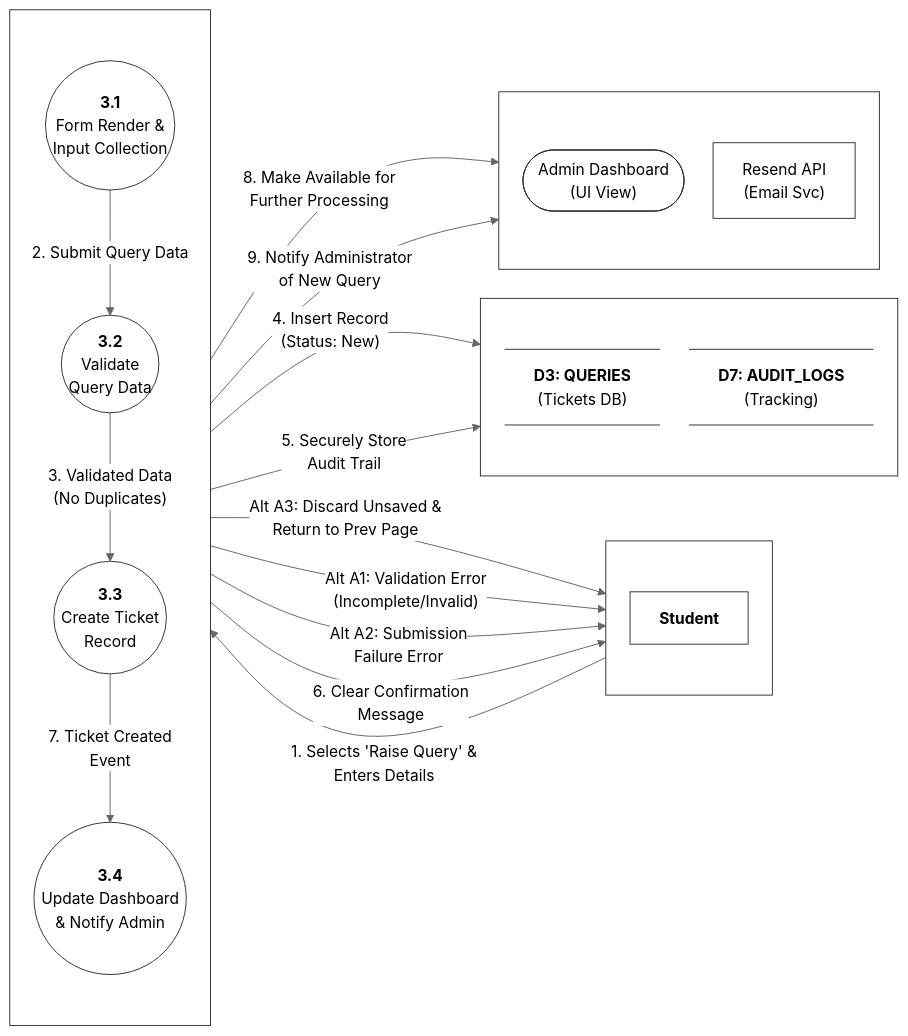
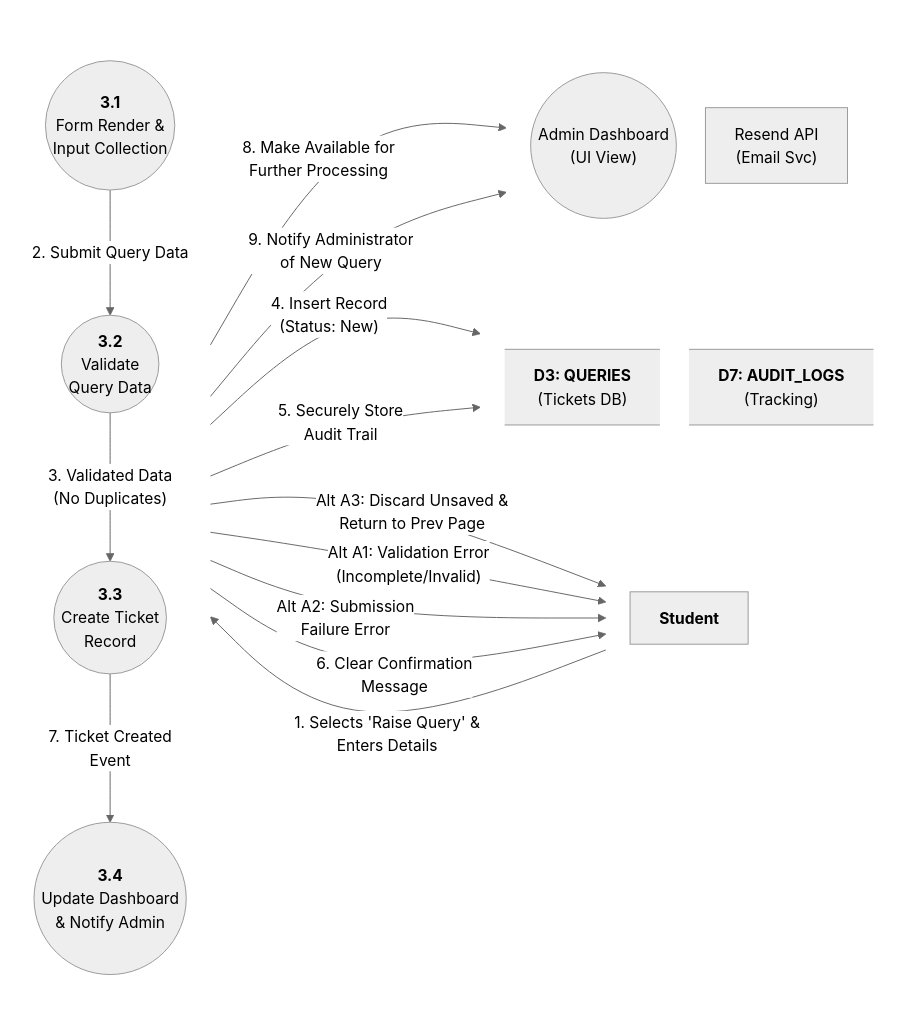
One commit to aryanhrc3428/Semester-5 changed the diagram in SE/ideathon/documents/L2-DFD-S03.mmd. Above: the diagram before and after it, drawn with Mermaid (neutral theme). The commit also changed 43 other files, not shown here.

```diff
--- a/SE/ideathon/documents/L2-DFD-S03.mmd
+++ b/SE/ideathon/documents/L2-DFD-S03.mmd
@@ -1,88 +1,78 @@
 %%{init: {
   "flowchart": {
     "htmlLabels": true,
     "nodeSpacing": 30,
     "rankSpacing": 80,
     "padding": 15
   }
 }}%%
 flowchart LR
 
     %% -------------------------------------------------------------
     %% COLUMN 1: ACTORS
     %% -------------------------------------------------------------
     subgraph Actors [" "]
         direction TB
         Student["<b>Student</b>"]
     end
 
     %% -------------------------------------------------------------
     %% COLUMN 2: SUB-PROCESSES (Decomposition of 3.0)
     %% -------------------------------------------------------------
     subgraph SubProcesses [" "]
         direction TB
         P3_1(("<b>3.1</b><br/>Form Render &<br/>Input Collection"))
         P3_2(("<b>3.2</b><br/>Validate<br/>Query Data"))
         P3_3(("<b>3.3</b><br/>Create Ticket<br/>Record"))
         P3_4(("<b>3.4</b><br/>Update Dashboard<br/>& Notify Admin"))
     end
 
     %% -------------------------------------------------------------
     %% COLUMN 3: DATA STORES
     %% -------------------------------------------------------------
     subgraph DataStores [" "]
         direction TB
         D3@{ shape: datastore, label: "<b>D3: QUERIES</b><br/>(Tickets DB)" }
         D7@{ shape: datastore, label: "<b>D7: AUDIT_LOGS</b><br/>(Tracking)" }
     end
 
     %% -------------------------------------------------------------
     %% COLUMN 4: EXTERNAL SERVICES & SINKS
     %% -------------------------------------------------------------
     subgraph ExtServices [" "]
         direction TB
-        AdminDash(["Admin Dashboard<br/>(UI View)"])
+        AdminDash(("Admin Dashboard<br/>(UI View)"))
         ExtEmail["Resend API<br/>(Email Svc)"]
     end
 
     %% =============================================================
     %% DATA FLOWS
     %% =============================================================
 
     %% --- 3.1 Input Collection ---
     Student -->|"1. Selects 'Raise Query' &<br/>Enters Details"| P3_1
     P3_1 -->|"Alt A3: Discard Unsaved &<br/>Return to Prev Page"| Student
     
     %% --- 3.2 Validation ---
     P3_1 -->|"2. Submit Query Data"| P3_2
     P3_2 -->|"Alt A1: Validation Error<br/>(Incomplete/Invalid)"| Student
     
     %% --- 3.3 Create Record ---
     P3_2 -->|"3. Validated Data<br/>(No Duplicates)"| P3_3
     P3_3 -->|"4. Insert Record<br/>(Status: New)"| D3
     P3_3 -->|"5. Securely Store<br/>Audit Trail"| D7
     P3_3 -->|"Alt A2: Submission<br/>Failure Error"| Student
     P3_3 -->|"6. Clear Confirmation<br/>Message"| Student
     
     %% --- 3.4 Notify & Update ---
     P3_3 -->|"7. Ticket Created<br/>Event"| P3_4
     P3_4 -->|"8. Make Available for<br/>Further Processing"| AdminDash
     P3_4 -->|"9. Notify Administrator<br/>of New Query"| ExtEmail
 
     %% -------------------------------------------------------------
     %% STYLING
     %% -------------------------------------------------------------
-    classDef processStyle fill:#fff,stroke:#333,stroke-width:1px,color:#000
-    classDef storeStyle fill:#fff,stroke:#333,stroke-width:1px,color:#000
-    classDef actorStyle fill:#fff,stroke:#333,stroke-width:1px,color:#000
-    classDef extStyle fill:#fff,stroke:#333,stroke-width:1px,color:#000
-
-    class P3_1,P3_2,P3_3,P3_4 processStyle;
-    class D3,D7 storeStyle;
-    class Student actorStyle;
-    class ExtEmail,AdminDash extStyle;
-
-    style Actors fill:none,stroke:#333,stroke-width:1px
-    style SubProcesses fill:none,stroke:#333,stroke-width:1px
-    style DataStores fill:none,stroke:#333,stroke-width:1px
-    style ExtServices fill:none,stroke:#333,stroke-width:1px
+    style Actors fill:none, stroke:none
+    style DataStores fill:none, stroke:none
+    style SubProcesses fill:none, stroke:none
+    style ExtServices fill:none, stroke:none
```
